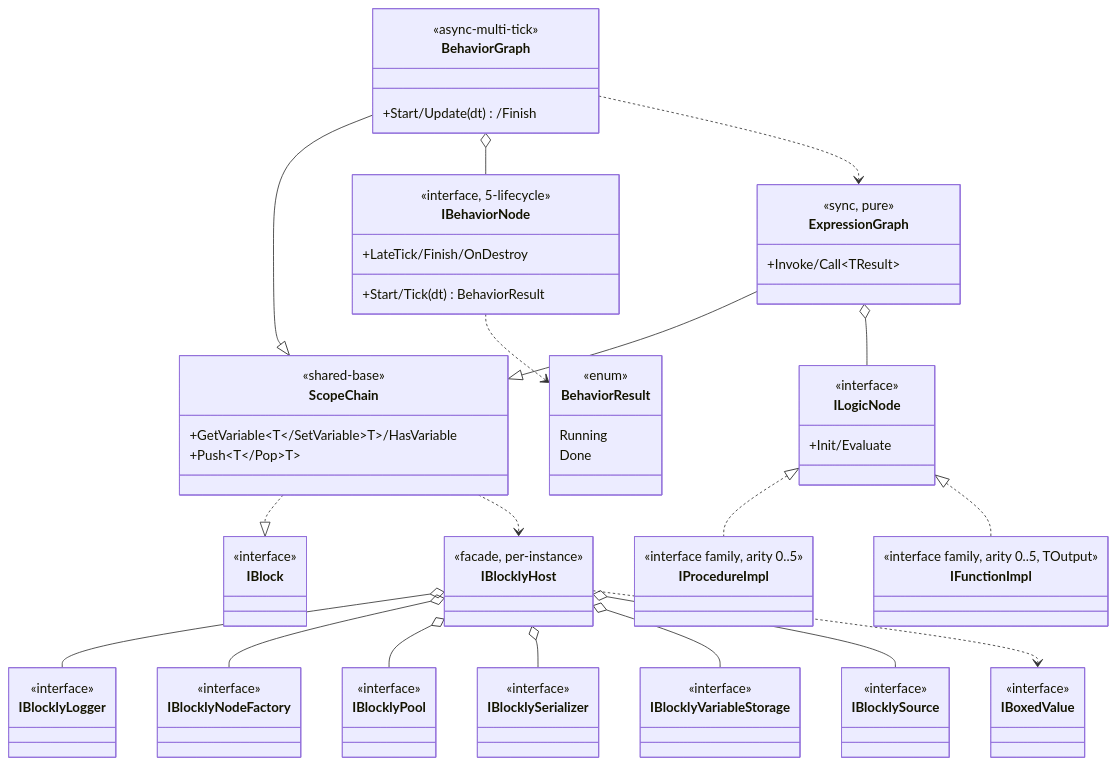
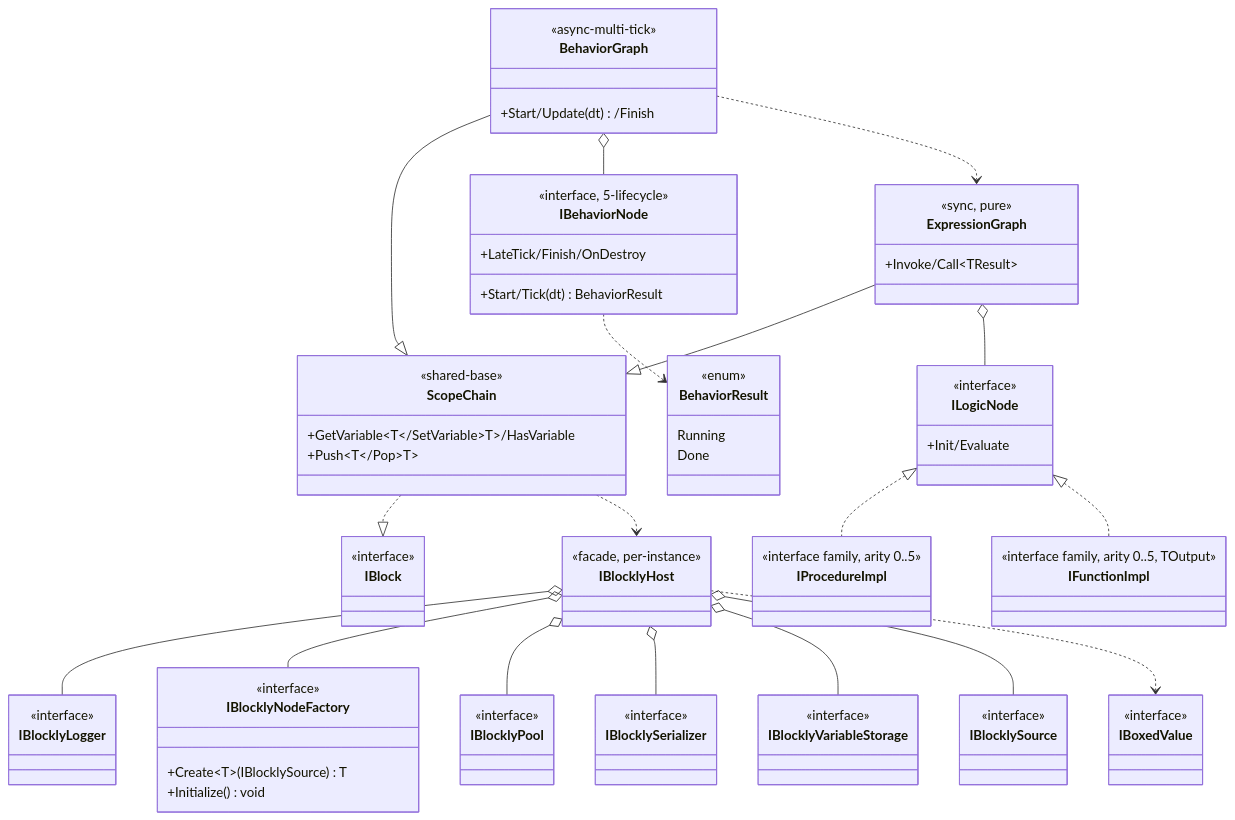
The diagram in com.vena.blockly/.dna/module.md (nan023062/vena), drawn with Mermaid before and after one commit. The commit also changed other lines of this file and 25 other files, not shown here.

````diff
--- a/com.vena.blockly/.dna/module.md
+++ b/com.vena.blockly/.dna/module.md
@@ -29,70 +29,74 @@
 ```mermaid
 classDiagram
     direction TB
 
     class IBlock {
         <<interface>>
     }
     class ScopeChain {
         <<shared-base>>
         +GetVariable~T~/SetVariable~T~/HasVariable
         +Push~T~/Pop~T~
     }
     class BehaviorGraph {
         <<async-multi-tick>>
         +Start/Update(dt)/Finish
     }
     class IBehaviorNode {
         <<interface, 5-lifecycle>>
         +Start/Tick(dt) BehaviorResult
         +LateTick/Finish/OnDestroy
     }
     class BehaviorResult {
         <<enum>>
         Running
         Done
     }
     class ExpressionGraph {
         <<sync, pure>>
         +Invoke/Call~TResult~
     }
     class ILogicNode {
         <<interface>>
         +Init/Evaluate
     }
     class IProcedureImpl {
         <<interface family, arity 0..5>>
     }
     class IFunctionImpl {
         <<interface family, arity 0..5, TOutput>>
     }
     class IBlocklyHost {
         <<facade, per-instance>>
     }
     class IBlocklyLogger { <<interface>> }
-    class IBlocklyNodeFactory { <<interface>> }
+    class IBlocklyNodeFactory {
+        <<interface>>
+        +Create~T~(IBlocklySource) T
+        +Initialize() void
+    }
     class IBlocklyPool { <<interface>> }
     class IBlocklySerializer { <<interface>> }
     class IBlocklyVariableStorage { <<interface>> }
     class IBlocklySource { <<interface>> }
     class IBoxedValue { <<interface>> }
 
     ScopeChain ..|> IBlock
     BehaviorGraph --|> ScopeChain
     ExpressionGraph --|> ScopeChain
     BehaviorGraph o-- IBehaviorNode
     IBehaviorNode ..> BehaviorResult
     ExpressionGraph o-- ILogicNode
     ILogicNode <|.. IProcedureImpl
     ILogicNode <|.. IFunctionImpl
     BehaviorGraph ..> ExpressionGraph
     ScopeChain ..> IBlocklyHost
 
     IBlocklyHost o-- IBlocklyLogger
     IBlocklyHost o-- IBlocklyNodeFactory
     IBlocklyHost o-- IBlocklyPool
     IBlocklyHost o-- IBlocklySerializer
     IBlocklyHost o-- IBlocklyVariableStorage
     IBlocklyHost o-- IBlocklySource
     IBlocklyHost ..> IBoxedValue
 ```
````
